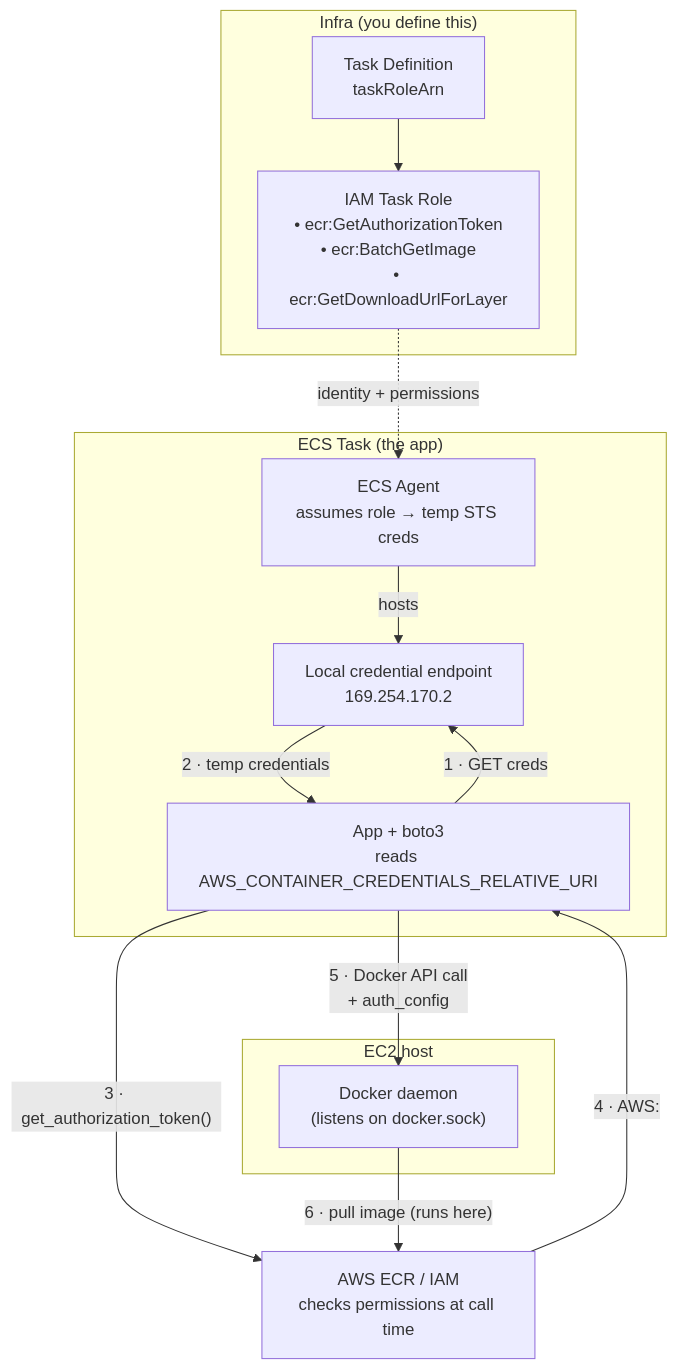
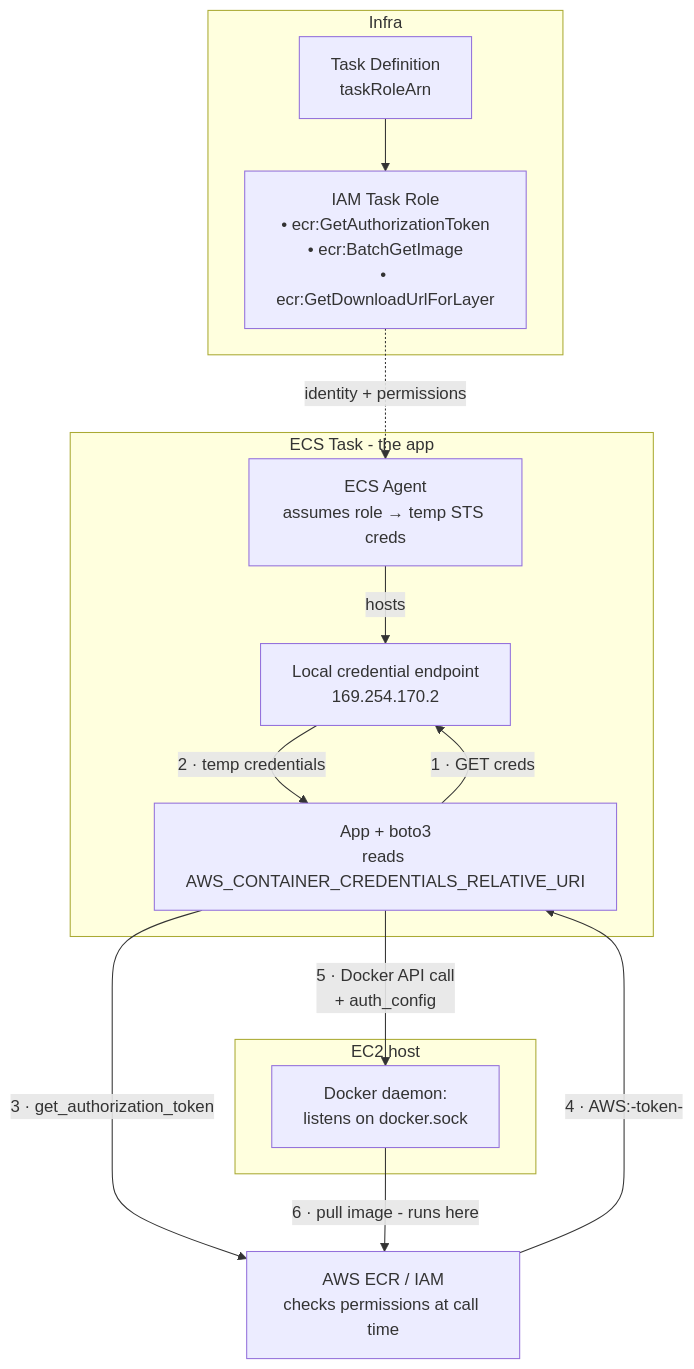
Before and after one commit to rst0070/rst0070.github.io: the diagram in src/notes/26/06-02-how-aws-inject-cred-for-ecr.md.md, drawn with Mermaid.

Commit message:
fix mermaid error

````diff
--- a/src/notes/26/06-02-how-aws-inject-cred-for-ecr.md.md
+++ b/src/notes/26/06-02-how-aws-inject-cred-for-ecr.md.md
@@ -32,28 +32,28 @@
 ```mermaid
 flowchart TD
-    subgraph infra["Infra (you define this)"]
+    subgraph infra["Infra"]
         TD["Task Definition<br/>taskRoleArn"]
         ROLE["IAM Task Role<br/>• ecr:GetAuthorizationToken<br/>• ecr:BatchGetImage<br/>• ecr:GetDownloadUrlForLayer"]
         TD --> ROLE
     end
 
-    subgraph ecstask["ECS Task (the app)"]
+    subgraph ecstask["ECS Task - the app"]
         AGENT["ECS Agent<br/>assumes role → temp STS creds"]
         ENDPOINT["Local credential endpoint<br/>169.254.170.2"]
         APP["App + boto3<br/>reads AWS_CONTAINER_CREDENTIALS_RELATIVE_URI"]
 
         AGENT -->|"hosts"| ENDPOINT
         APP -->|"1 · GET creds"| ENDPOINT
         ENDPOINT -->|"2 · temp credentials"| APP
     end
 
     subgraph ec2["EC2 host"]
-        DOCKER["Docker daemon<br/>(listens on docker.sock)"]
+        DOCKER["Docker daemon:<br/>listens on docker.sock"]
     end
 
     ROLE -.->|"identity + permissions"| AGENT
-    APP -->|"3 · get_authorization_token()"| ECR["AWS ECR / IAM<br/>checks permissions at call time"]
-    ECR -->|"4 · AWS:<token>"| APP
+    APP -->|"3 · get_authorization_token"| ECR["AWS ECR / IAM<br/>checks permissions at call time"]
+    ECR -->|"4 · AWS:-token-"| APP
     APP -->|"5 · Docker API call<br/>+ auth_config"| DOCKER
-    DOCKER -->|"6 · pull image (runs here)"| ECR
+    DOCKER -->|"6 · pull image - runs here"| ECR
 ```
````
